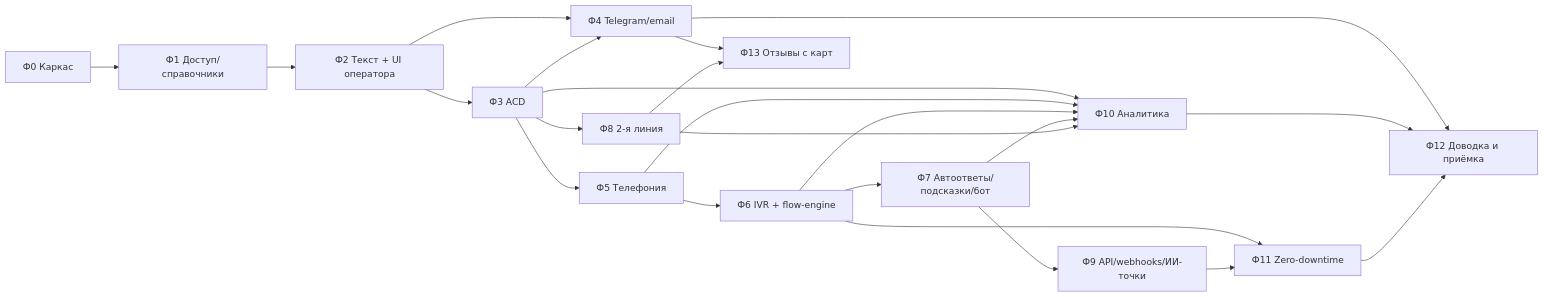
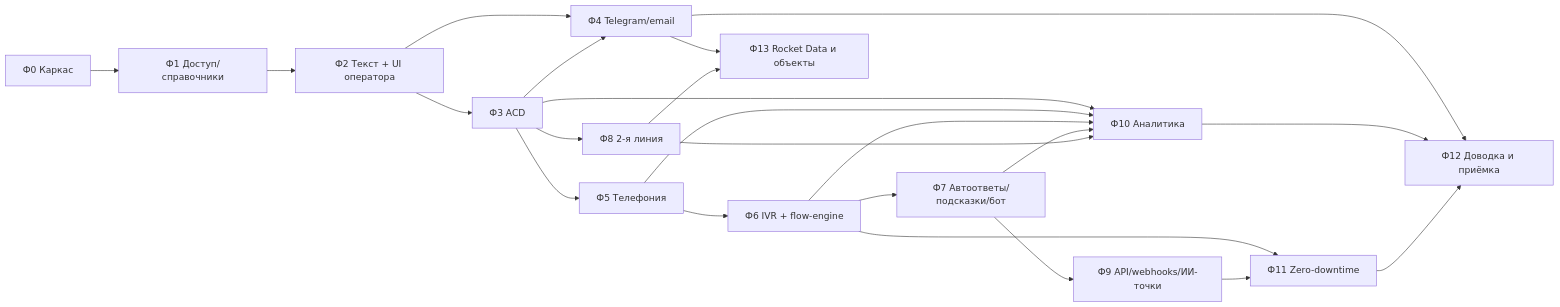
One commit to afedortsovbn-commits/CkaudeGitHub changed the diagram in Контакт-центр/planning/03-план-разработки.md. Above: the diagram before and after it, drawn with Mermaid. The commit also changed other lines of this file and 4 other files, not shown here.

````diff
--- a/Контакт-центр/planning/03-план-разработки.md
+++ b/Контакт-центр/planning/03-план-разработки.md
@@ -41,14 +41,14 @@
 ```mermaid
 flowchart LR
   F0[Ф0 Каркас] --> F1[Ф1 Доступ/справочники] --> F2[Ф2 Текст + UI оператора] --> F3[Ф3 ACD]
   F2 --> F4[Ф4 Telegram/email]
   F3 --> F4
   F3 --> F5[Ф5 Телефония] --> F6[Ф6 IVR + flow-engine]
   F6 --> F7[Ф7 Автоответы/подсказки/бот] --> F9[Ф9 API/webhooks/ИИ-точки]
   F3 --> F8[Ф8 2-я линия]
   F3 & F5 & F6 & F7 & F8 --> F10[Ф10 Аналитика]
   F6 --> F11[Ф11 Zero-downtime]
   F9 --> F11
   F4 & F10 & F11 --> F12[Ф12 Доводка и приёмка]
-  F4 & F8 --> F13[Ф13 Отзывы с карт]
+  F4 & F8 --> F13[Ф13 Rocket Data и объекты]
 ```
````
